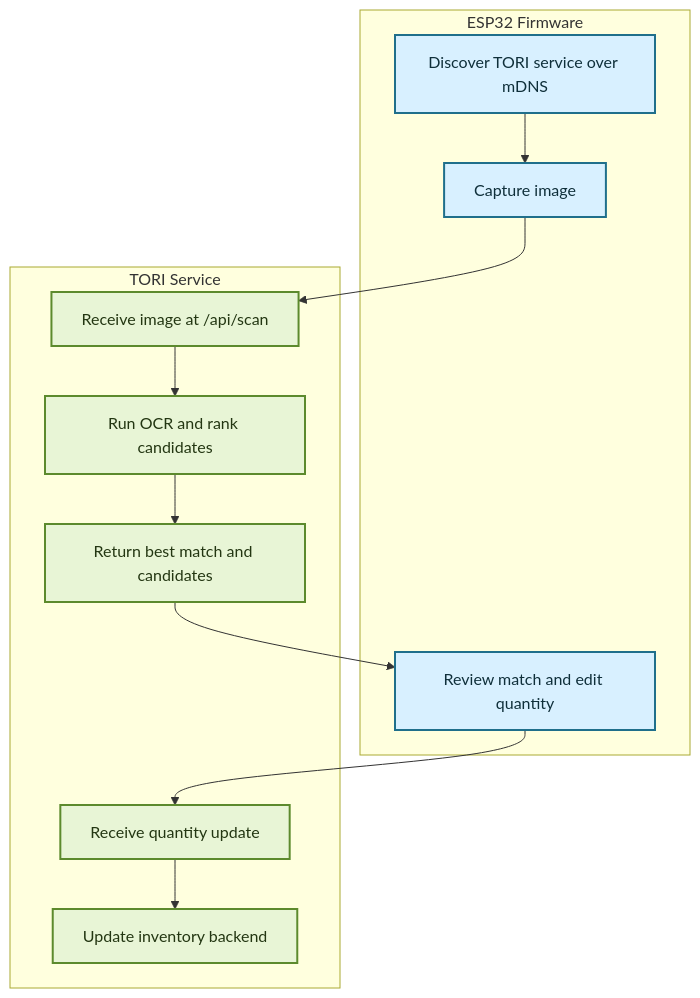
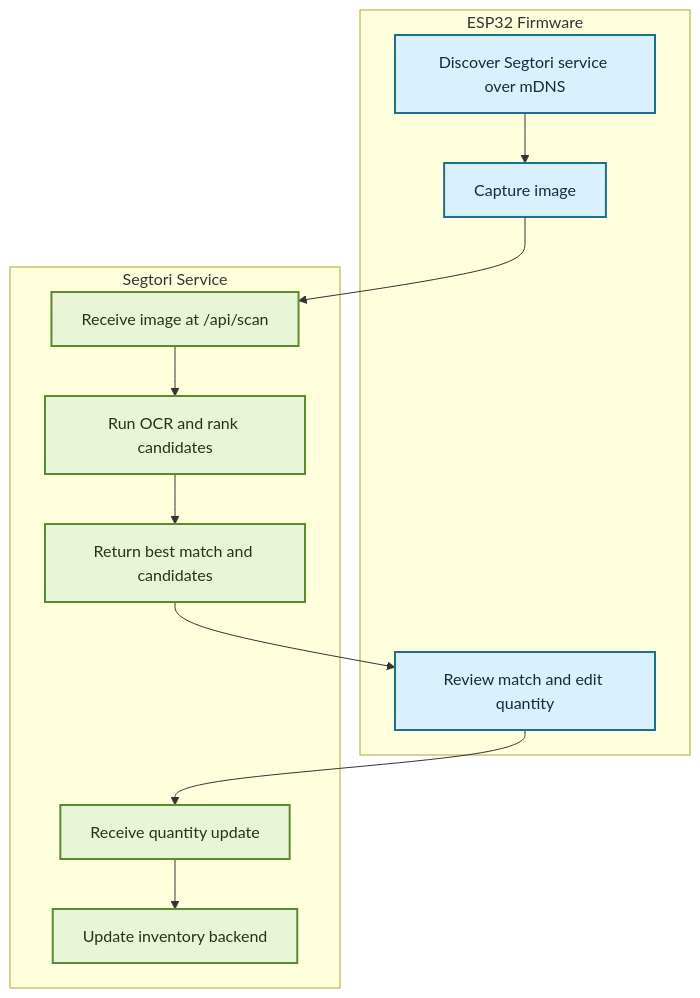
Before and after one commit to Seglectic/segtori: the diagram in README.md, drawn with Mermaid. The commit also changed other lines of this file and 17 other files, not shown here.

````diff
--- a/README.md
+++ b/README.md
@@ -18,29 +18,29 @@
 ```mermaid
 flowchart TD
     subgraph FW[ESP32 Firmware]
-        A[Discover TORI service over mDNS]
+        A[Discover Segtori service over mDNS]
         B[Capture image]
         F[Review match and edit quantity]
     end
 
-    subgraph SRV[TORI Service]
+    subgraph SRV[Segtori Service]
         C[Receive image at /api/scan]
         D[Run OCR and rank candidates]
         E[Return best match and candidates]
         G[Receive quantity update]
         H[Update inventory backend]
     end
 
     A --> B
     B --> C
     C --> D
     D --> E
     E --> F
     F --> G
     G --> H
 
     classDef firmware fill:#d8f0ff,stroke:#1f6f8b,stroke-width:2px,color:#0f2f3a;
     classDef service fill:#e8f5d6,stroke:#5c8a2d,stroke-width:2px,color:#233612;
     class A,B,F firmware;
     class C,D,E,G,H service;
 ```
````
